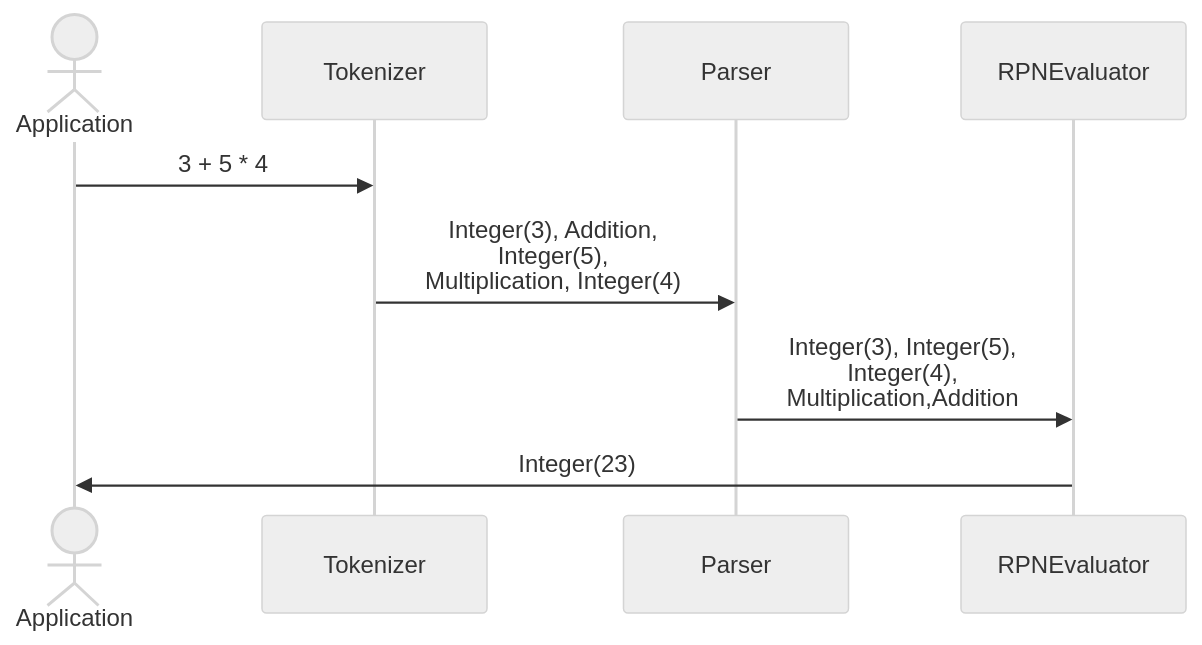
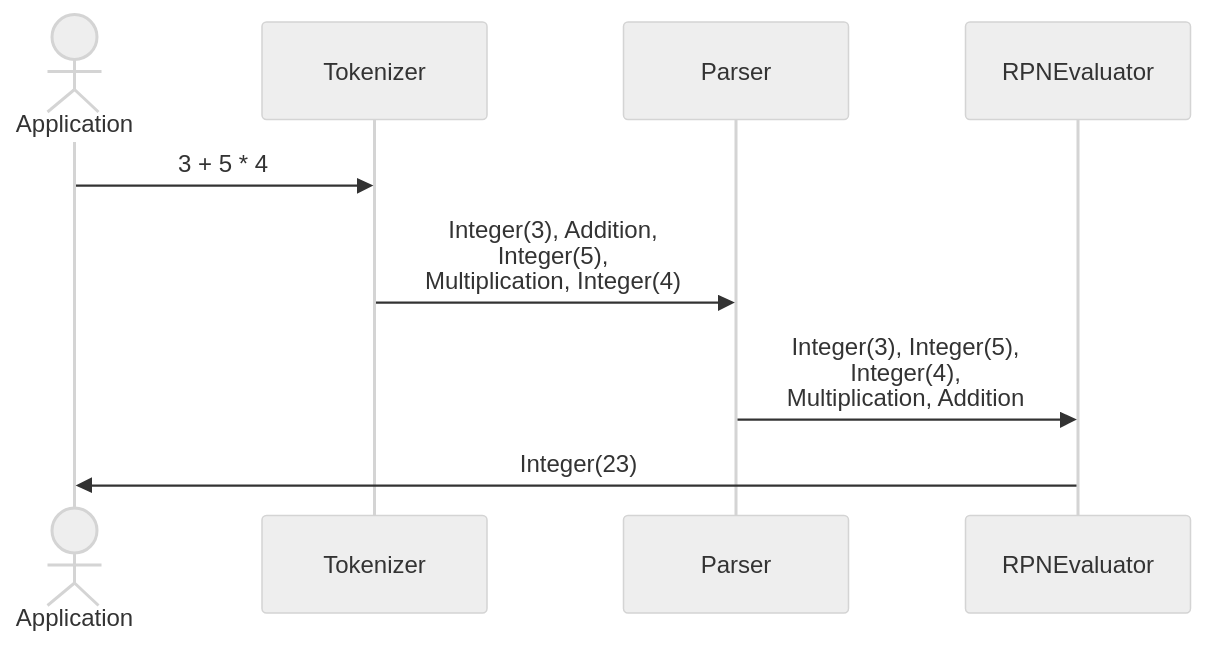
The third of 3 diagrams in README.md (khangvum/exprevaluator), drawn with Mermaid (neutral theme) before and after one commit.

Commit message:
Update Sequence Diagram

````diff
--- a/README.md
+++ b/README.md
@@ -97,15 +97,15 @@
 ```mermaid
 sequenceDiagram
     actor Application
     participant Tokenizer
     participant Parser
     participant RPNEvaluator
 
     Application ->> Tokenizer: 3 + 5 * 4
 
     Tokenizer ->> Parser: Integer(3), Addition,<br>Integer(5),<br>Multiplication, Integer(4)
 
-    Parser ->> RPNEvaluator: Integer(3), Integer(5),<br>Integer(4),<br>Multiplication,Addition
+    Parser ->> RPNEvaluator: Integer(3), Integer(5),<br>Integer(4),<br>Multiplication, Addition
 
     RPNEvaluator ->> Application: Integer(23)
 ```
````
